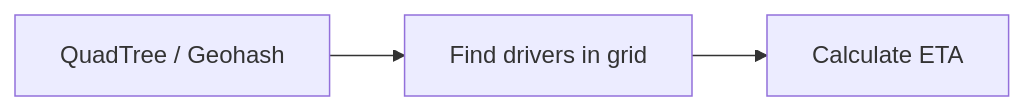
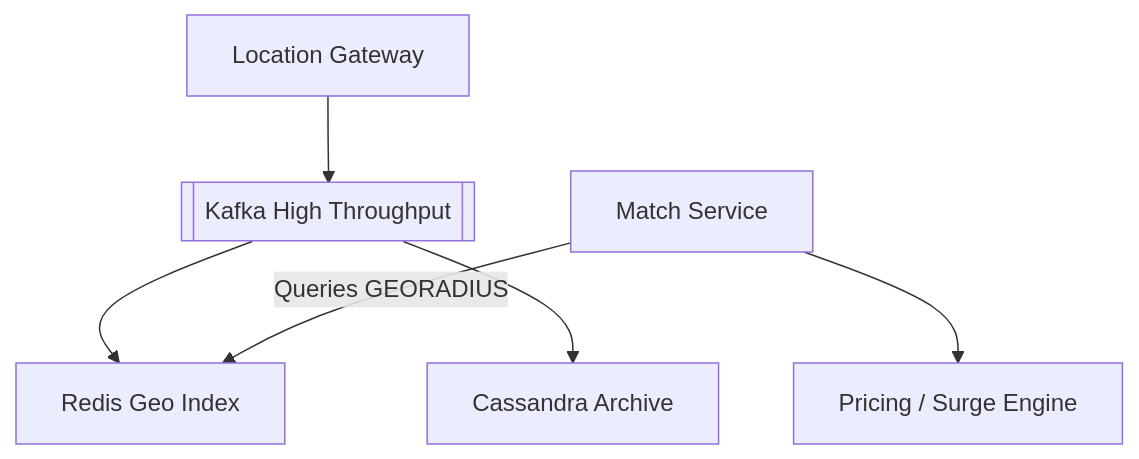
The second of 2 diagrams in 19-Interview_Question/05) Location-Based Services/Hard/13_Uber/Problem.md (IshanDigra/HLD-Content), drawn with Mermaid before and after one commit. The commit also changed other lines of this file and 29 other files, not shown here.

First line of the commit message:
Address PR feedback: Add TOC, Diagrams, and BOE calculations

````diff
--- a/19-Interview_Question/05) Location-Based Services/Hard/13_Uber/Problem.md
+++ b/19-Interview_Question/05) Location-Based Services/Hard/13_Uber/Problem.md
@@ -147,5 +120,8 @@
 ```mermaid
-graph LR
-    A[QuadTree / Geohash] --> B[Find drivers in grid]
-    B --> C[Calculate ETA]
+graph TD
+    A[Location Gateway] --> B[[Kafka High Throughput]]
+    B --> C[Redis Geo Index]
+    B --> D[Cassandra Archive]
+    E[Match Service] -->|Queries GEORADIUS| C
+    E --> F[Pricing / Surge Engine]
 ```
````
